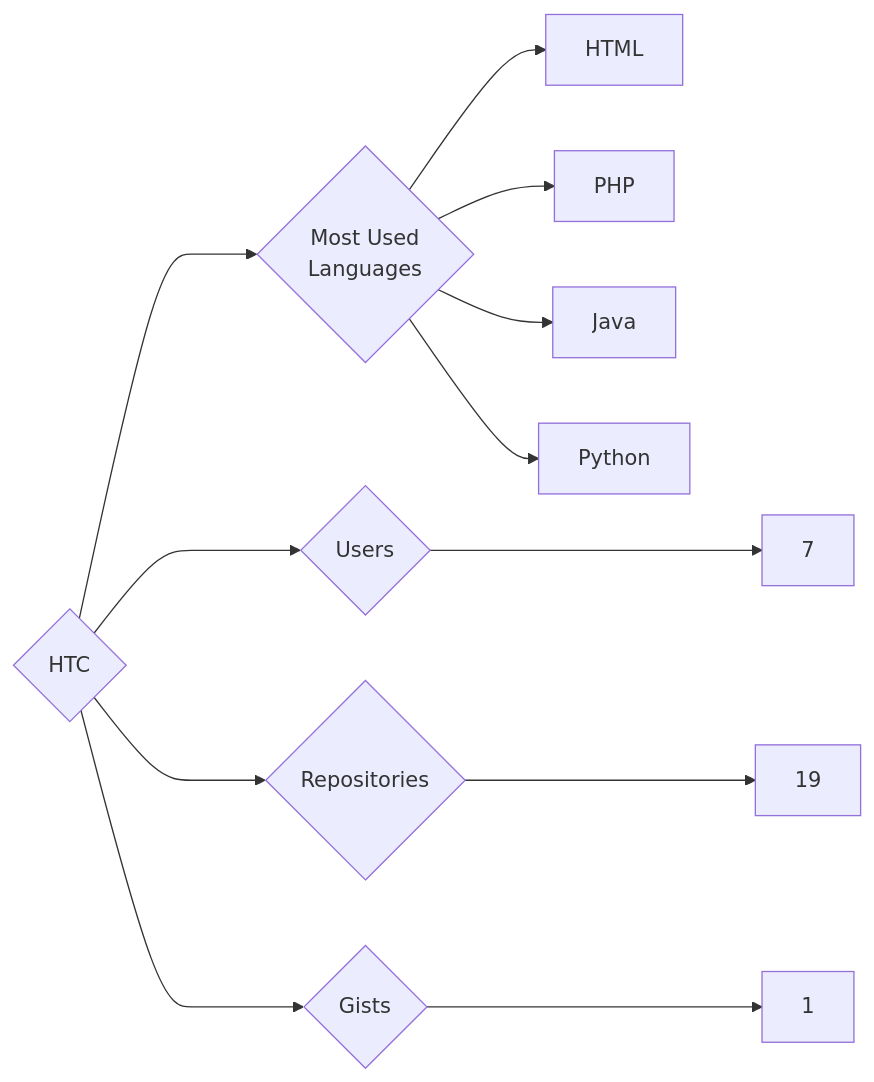
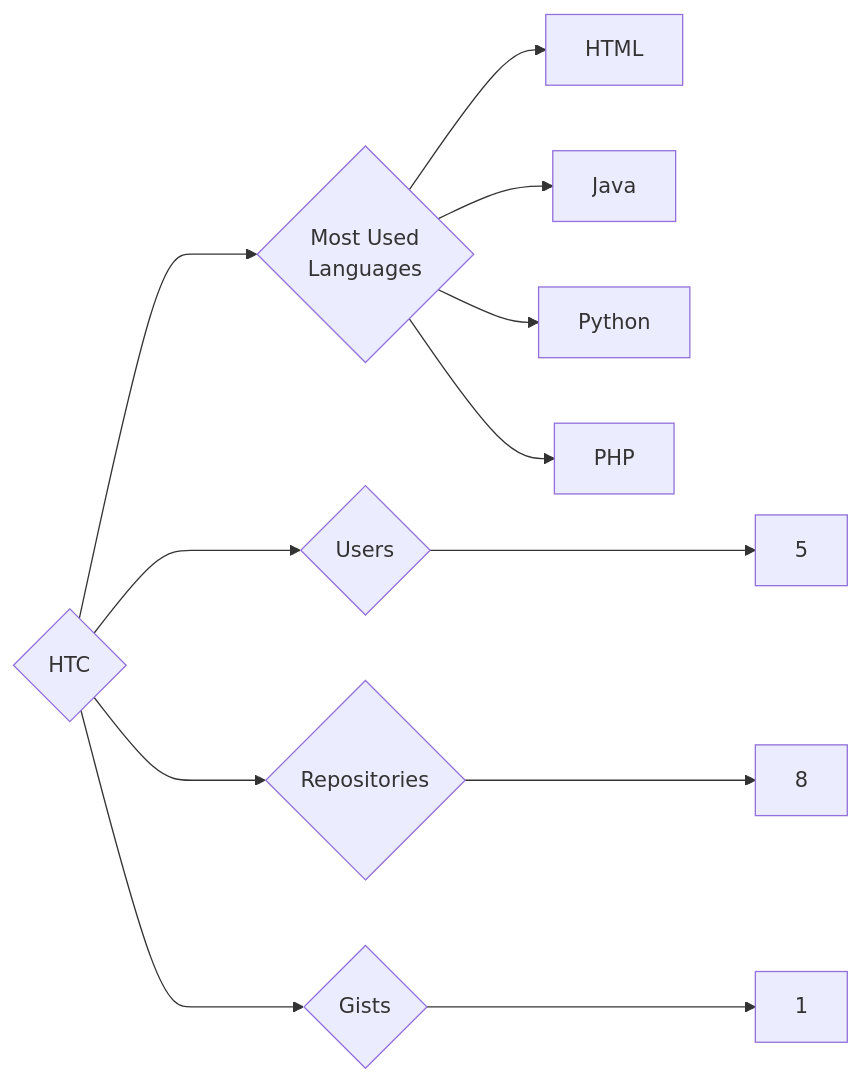
Before and after one commit to trickest/insiders: the diagram in targets/HTC/README.md, drawn with Mermaid. The commit also changed 1084 other files, not shown here.

````diff
--- a/targets/HTC/README.md
+++ b/targets/HTC/README.md
@@ -3,12 +3,12 @@
 ```mermaid
 graph LR
 COMPANY_NAME{HTC}
-COMPANY_NAME ---> U{Users} ---> UN[7]
-COMPANY_NAME ---> R{Repositories} ---> RN[19]
+COMPANY_NAME ---> U{Users} ---> UN[5]
+COMPANY_NAME ---> R{Repositories} ---> RN[8]
 COMPANY_NAME ---> G{Gists} ---> GN[1]
 COMPANY_NAME ---> ML{Most Used<br>Languages}
 ML --> HTML[HTML]
-ML --> PHP[PHP]
 ML --> Java[Java]
 ML --> Python[Python]
+ML --> PHP[PHP]
 ```
````
